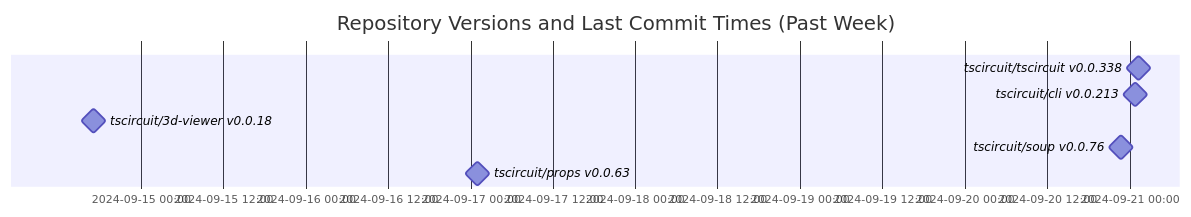
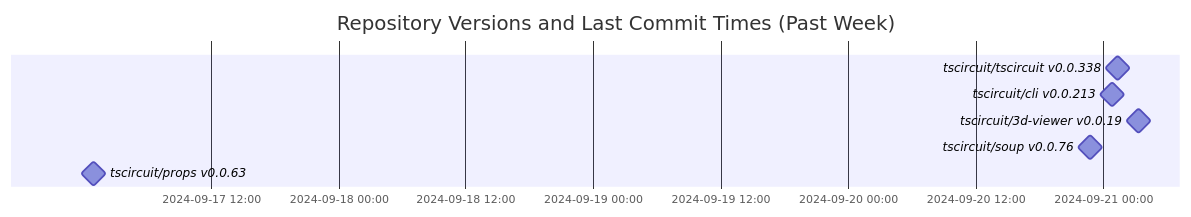
The diagram in README.md (tscircuit/version-tracker), drawn with Mermaid before and after one commit.

Commit message:
Update chart

````diff
--- a/README.md
+++ b/README.md
@@ -1,12 +1,12 @@
 ```mermaid
 gantt
   dateFormat  YYYY-MM-DD HH:mm:ss
   title Repository Versions and Last Commit Times (Past Week)
   axisFormat %Y-%m-%d %H:%M
 
   tscircuit/tscircuit v0.0.338 : milestone, 2024-09-21 01:17:43, 1s
   tscircuit/cli v0.0.213 : milestone, 2024-09-21 00:47:55, 1s
-  tscircuit/3d-viewer v0.0.18 : milestone, 2024-09-14 17:06:37, 1s
+  tscircuit/3d-viewer v0.0.19 : milestone, 2024-09-21 03:18:08, 1s
   tscircuit/soup v0.0.76 : milestone, 2024-09-20 22:46:17, 1s
   tscircuit/props v0.0.63 : milestone, 2024-09-17 00:58:09, 1s
 ```
````
